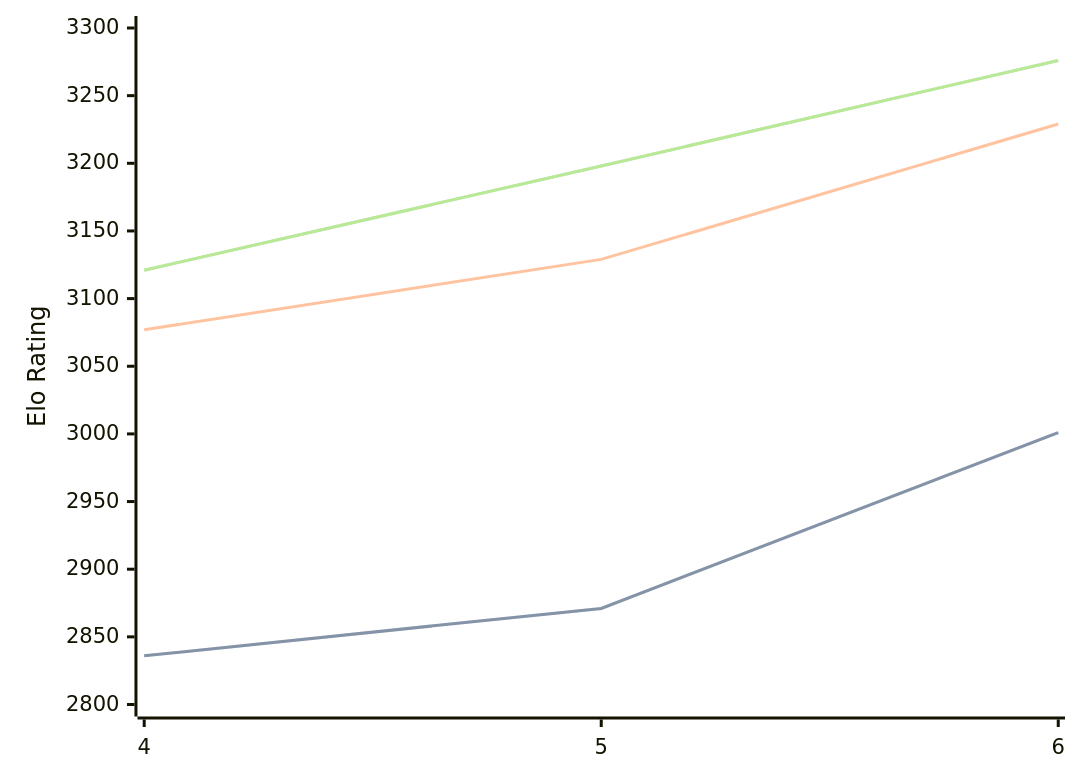
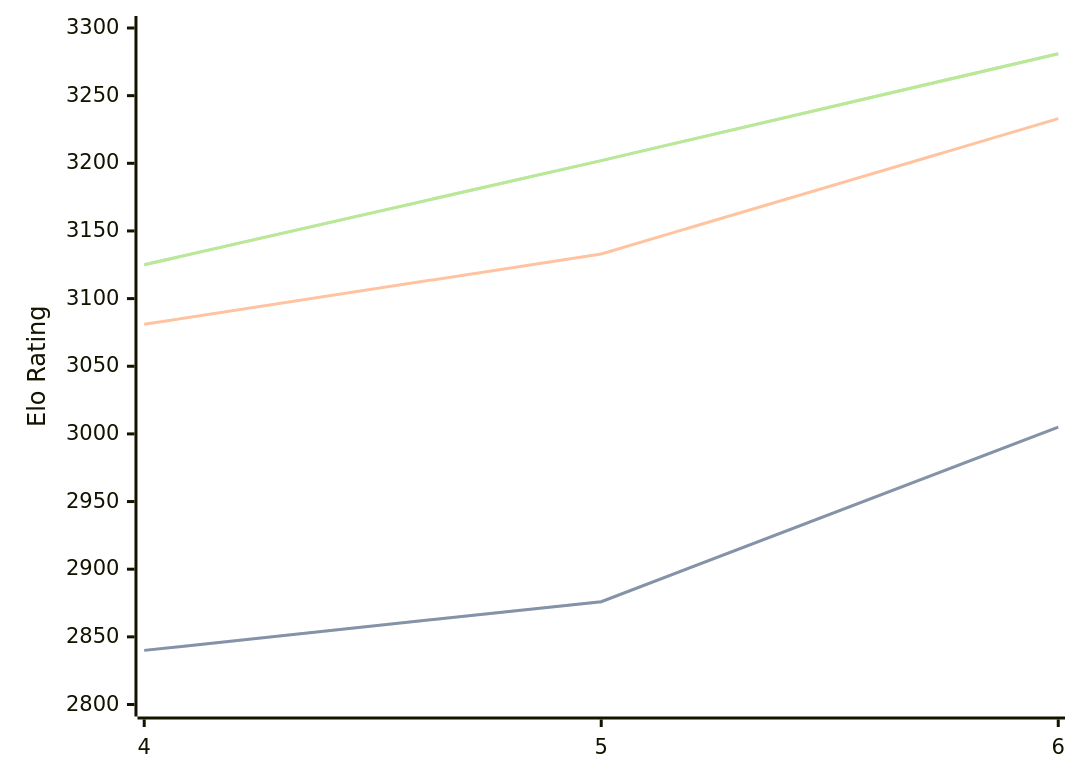
Before and after one commit to computer-chess-index/cci: the diagram in engines/Cwtch.md, drawn with Mermaid. The commit also changed other lines of this file, not shown here.

Commit message:
Update CCI Ratings (ELO VLTC) - 2026-08-18

````diff
--- a/engines/Cwtch.md
+++ b/engines/Cwtch.md
@@ -34,11 +34,11 @@
 ```mermaid
 %%{init: {"theme":"base","themeVariables":{"seriesColors:['#a3a3a3','#222221','#faa371']}}}%%
 xychart-beta
   x-axis ["4", "5", "6"]
   y-axis "Elo Rating" 2800 --> 3300
-  line "STC (8.0+0.08s)" [2836, 2871, 3001]
-  line "STC (8.0+0.08s)" [2836, 2871, 3001]
-  line "LTC (60.0+0.60s)" [3077, 3129, 3229]
-  line "VLTC (2m24s+1.12s)" [3121, 3198, 3276]
-  line "VLTC (2m24s+1.12s)" [3121, 3198, 3276]
+  line "STC (8.0+0.08s)" [2840, 2876, 3005]
+  line "STC (8.0+0.08s)" [2840, 2876, 3005]
+  line "LTC (60.0+0.60s)" [3081, 3133, 3233]
+  line "VLTC (2m24s+1.12s)" [3125, 3202, 3281]
+  line "VLTC (2m24s+1.12s)" [3125, 3202, 3281]
 ```
````
